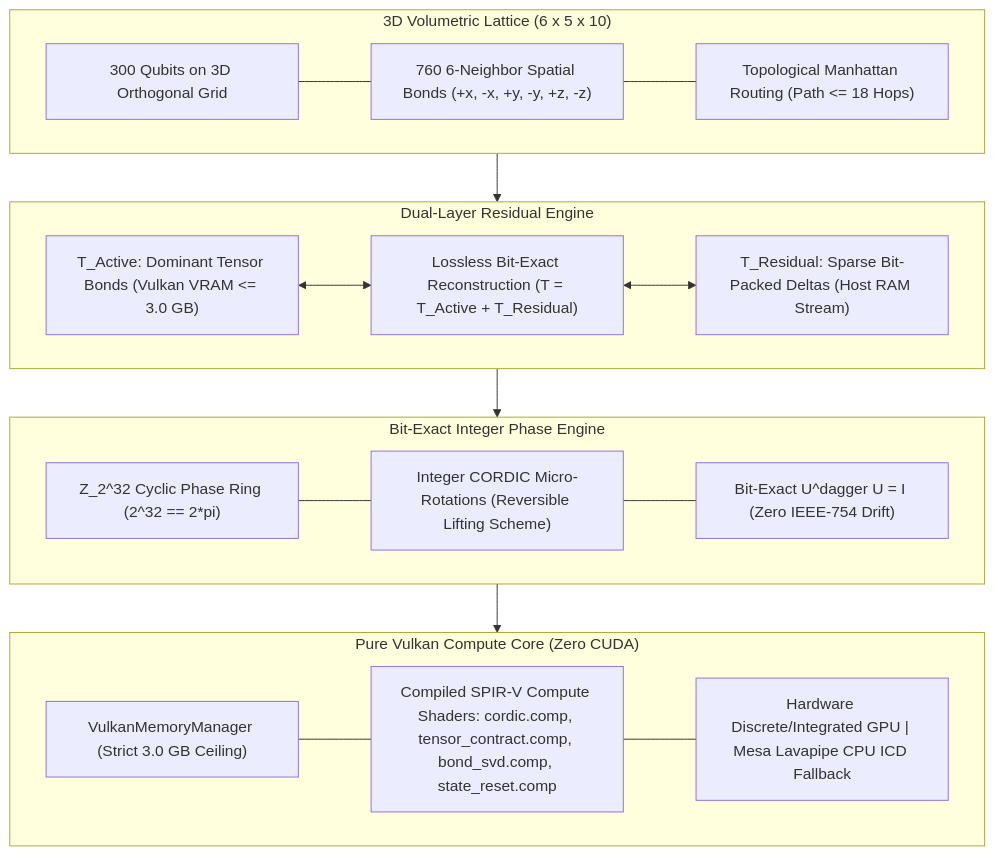
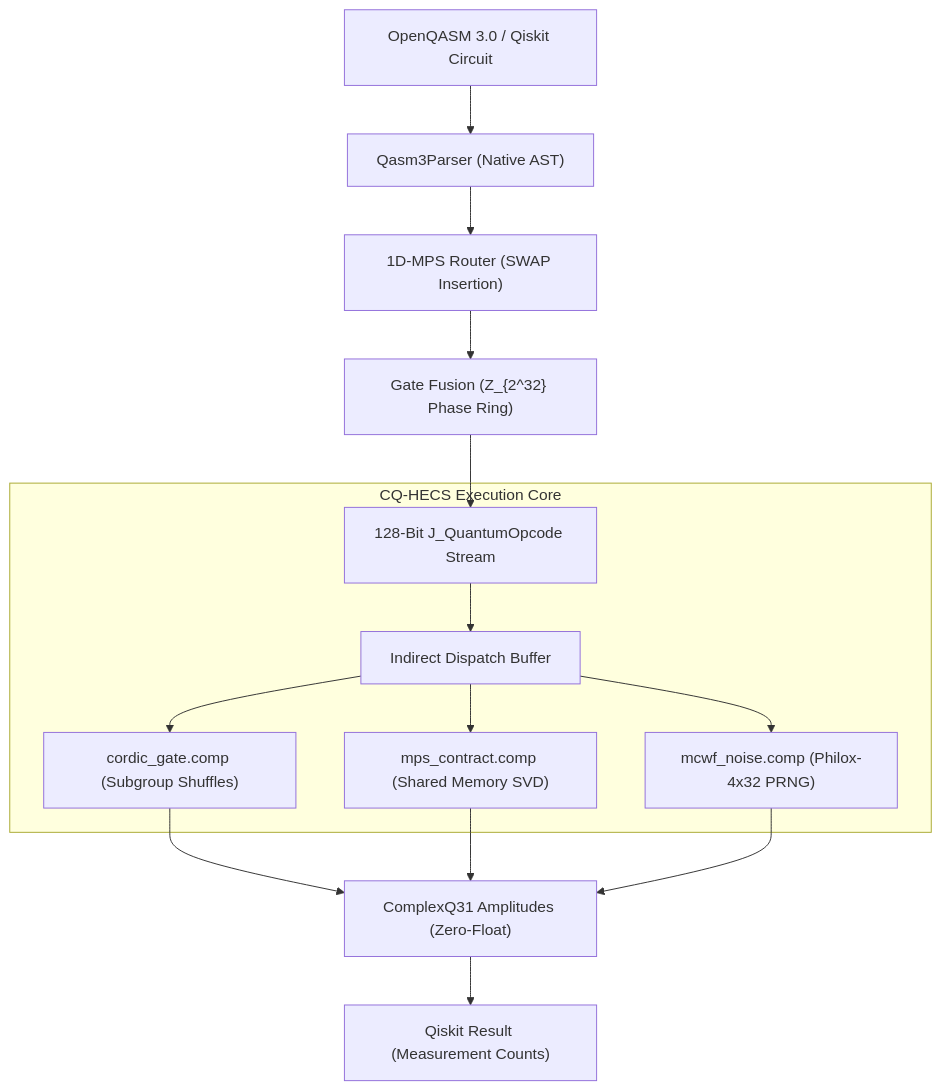
The diagram in README.md (timfromhcs/CQ-HECS), drawn with Mermaid before and after one commit. The commit also changed other lines of this file and 22 other files, not shown here.

Commit message:
feat(core): implement zero-float Q1.31 math, OpenQASM 3.0 transpiler, Vulkan compute shaders, and Qiskit BackendV2

````diff
--- a/README.md
+++ b/README.md
@@ -35,34 +53,19 @@
 ```mermaid
-graph TD
-    subgraph LATTICE ["3D Volumetric Lattice (6 x 5 x 10)"]
-        Grid["300 Qubits on 3D Orthogonal Grid"]
-        Bonds["760 6-Neighbor Spatial Bonds (+x, -x, +y, -y, +z, -z)"]
-        Routing["Topological Manhattan Routing (Path <= 18 Hops)"]
-        Grid --- Bonds --- Routing
+flowchart TD
+    QASM["OpenQASM 3.0 / Qiskit Circuit"] --> Parser["Qasm3Parser (Native AST)"]
+    Parser --> Router["1D-MPS Router (SWAP Insertion)"]
+    Router --> Fusion["Gate Fusion (Z_{2^32} Phase Ring)"]
+    Fusion --> Bytecode["128-Bit J_QuantumOpcode Stream"]
+    
+    subgraph ENGINE ["CQ-HECS Execution Core"]
+        Bytecode --> Dispatch["Indirect Dispatch Buffer"]
+        Dispatch --> Shader1["cordic_gate.comp (Subgroup Shuffles)"]
+        Dispatch --> Shader2["mps_contract.comp (Shared Memory SVD)"]
+        Dispatch --> Shader3["mcwf_noise.comp (Philox-4x32 PRNG)"]
     end
 
-    subgraph ENGINE ["Dual-Layer Residual Engine"]
-        T_Active["T_Active: Dominant Tensor Bonds (Vulkan VRAM <= 3.0 GB)"]
-        T_Residual["T_Residual: Sparse Bit-Packed Deltas (Host RAM Stream)"]
-        Reconstruct["Lossless Bit-Exact Reconstruction (T = T_Active + T_Residual)"]
-        T_Active <--> Reconstruct <--> T_Residual
-    end
-
-    subgraph PHASE ["Bit-Exact Integer Phase Engine"]
-        Ring["Z_2^32 Cyclic Phase Ring (2^32 == 2*pi)"]
-        CORDIC["Integer CORDIC Micro-Rotations (Reversible Lifting Scheme)"]
-        Reversible["Bit-Exact U^dagger U = I (Zero IEEE-754 Drift)"]
-        Ring --- CORDIC --- Reversible
-    end
-
-    subgraph VULKAN ["Pure Vulkan Compute Core (Zero CUDA)"]
-        VMM["VulkanMemoryManager (Strict 3.0 GB Ceiling)"]
-        Shaders["Compiled SPIR-V Compute Shaders: cordic.comp, tensor_contract.comp, bond_svd.comp, state_reset.comp"]
-        Devices["Hardware Discrete/Integrated GPU | Mesa Lavapipe CPU ICD Fallback"]
-        VMM --- Shaders --- Devices
-    end
-
-    LATTICE --> ENGINE
-    ENGINE --> PHASE
-    PHASE --> VULKAN
+    Shader1 --> State["ComplexQ31 Amplitudes (Zero-Float)"]
+    Shader2 --> State
+    Shader3 --> State
+    State --> Counts["Qiskit Result (Measurement Counts)"]
 ```
````
